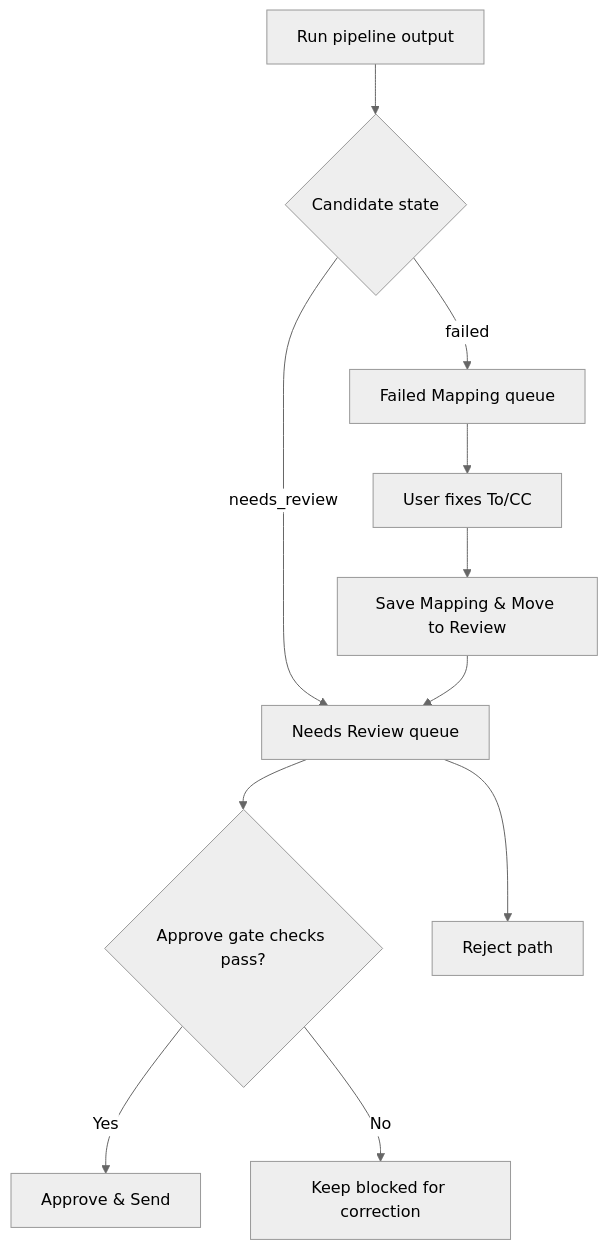
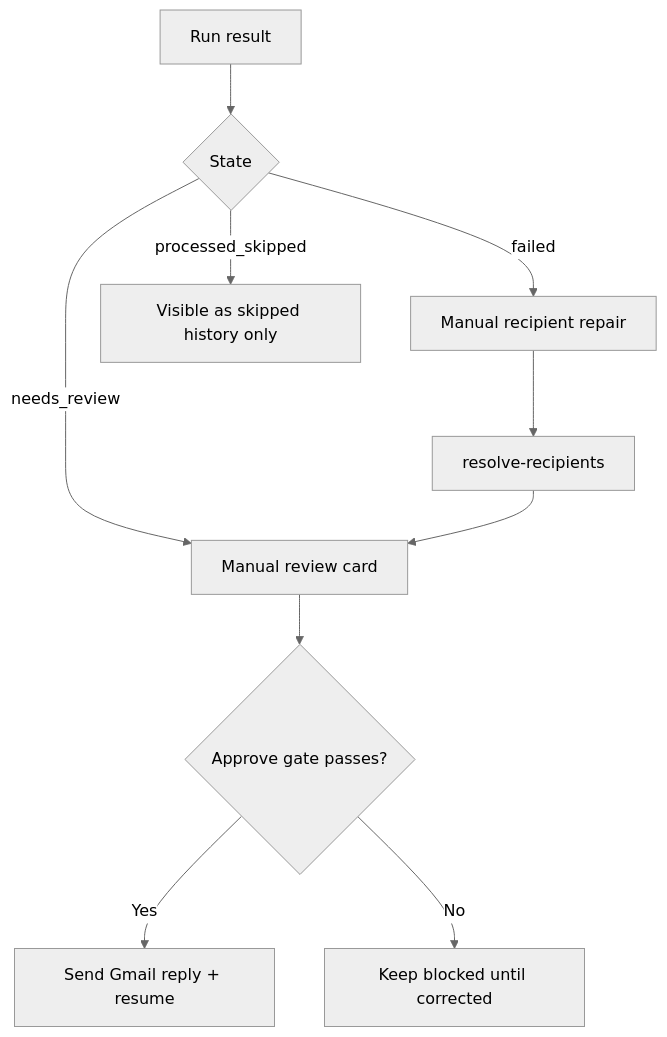
The diagram in docs/features.md (chaitanyadheeraj98/CODEJOB), drawn with Mermaid (neutral theme) before and after one commit. The commit also changed other lines of this file and 8 other files, not shown here.

````diff
--- a/docs/features.md
+++ b/docs/features.md
@@ -23,13 +26,12 @@
 ```mermaid
 flowchart TD
-    A[Run pipeline output] --> B{Candidate state}
-    B -->|needs_review| C[Needs Review queue]
-    B -->|failed| D[Failed Mapping queue]
-    C --> E{Approve gate checks pass?}
-    E -->|Yes| F[Approve & Send]
-    E -->|No| G[Keep blocked for correction]
-    D --> H[User fixes To/CC]
-    H --> I[Save Mapping & Move to Review]
-    I --> C
-    C --> J[Reject path]
+    A[Run result] --> B{State}
+    B -->|needs_review| C[Manual review card]
+    B -->|failed| D[Manual recipient repair]
+    B -->|processed_skipped| E[Visible as skipped history only]
+    D --> F[resolve-recipients]
+    F --> C
+    C --> G{Approve gate passes?}
+    G -->|Yes| H[Send Gmail reply + resume]
+    G -->|No| I[Keep blocked until corrected]
 ```
````
